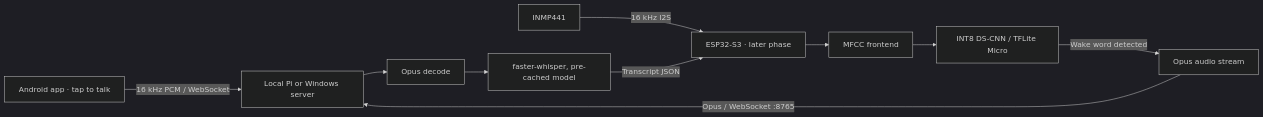
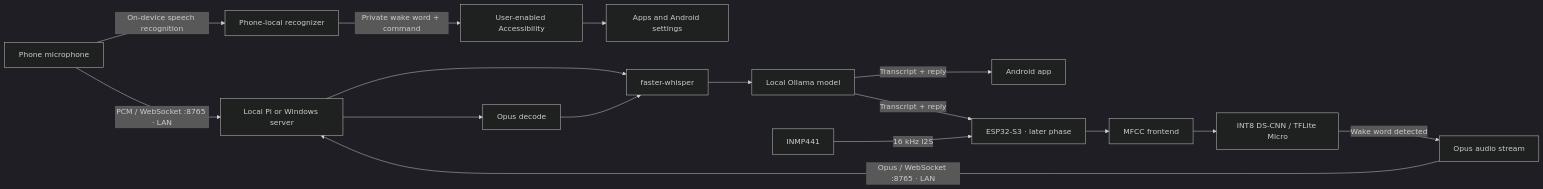
One commit to spatil-44/IRA_2.0 changed the diagram in README.md. Above: the diagram before and after it, drawn with Mermaid (dark theme). The commit also changed other lines of this file and 29 other files, not shown here.

Commit message:
Add Ira voice assistant and local server features

````diff
--- a/README.md
+++ b/README.md
@@ -15,12 +13,18 @@
 ```mermaid
 flowchart LR
-    Phone[Android app · tap to talk] -->|16 kHz PCM / WebSocket| Server[Local Pi or Windows server]
+    PhoneMic[Phone microphone] -->|On-device speech recognition| AndroidASR[Android on-device recognizer]
+    PhoneMic -->|PCM / WebSocket :8765 · LAN| Server[Local Pi or Windows server]
+    Server --> Whisper[faster-whisper]
+    Whisper --> Ollama[Local Ollama model]
+    Ollama -->|Transcript + reply| Phone[Android app]
+    AndroidASR[Phone-local recognizer] -->|Private wake word + command| Accessibility[User-enabled Accessibility]
+    Accessibility --> PhoneApps[Apps and Android settings]
     Mic[INMP441] -->|16 kHz I2S| ESP[ESP32-S3 · later phase]
     ESP --> MFCC[MFCC frontend]
     MFCC --> KWS[INT8 DS-CNN / TFLite Micro]
     KWS -->|Wake word detected| Opus[Opus audio stream]
-    Opus -->|Opus / WebSocket :8765| Server
+    Opus -->|Opus / WebSocket :8765 · LAN| Server
     Server --> Decode[Opus decode]
-    Decode --> Whisper[faster-whisper, pre-cached model]
-    Whisper -->|Transcript JSON| ESP
+    Decode --> Whisper
+    Ollama -->|Transcript + reply| ESP
 ```
````
